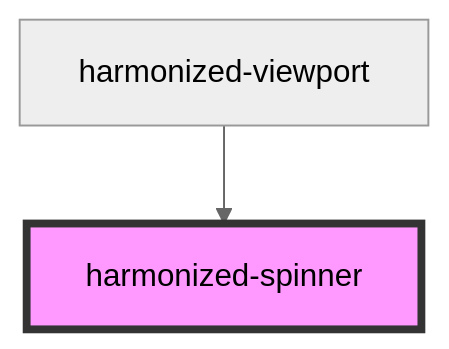
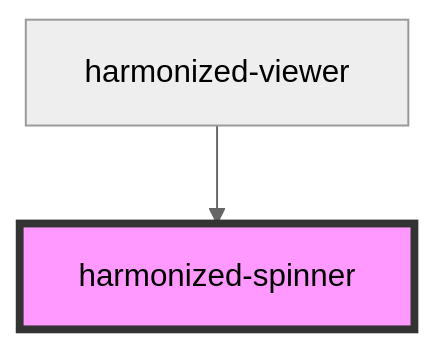
The diagram in src/components/spinner/readme.md (bac-lac/lac-harmonized-viewer), drawn with Mermaid (neutral theme) before and after one commit. The commit also changed other lines of this file and 17 other files, not shown here.

````diff
--- a/src/components/spinner/readme.md
+++ b/src/components/spinner/readme.md
@@ -15,5 +15,5 @@
 ```mermaid
 graph TD;
-  harmonized-viewport --> harmonized-spinner
+  harmonized-viewer --> harmonized-spinner
   style harmonized-spinner fill:#f9f,stroke:#333,stroke-width:4px
 ```
````
